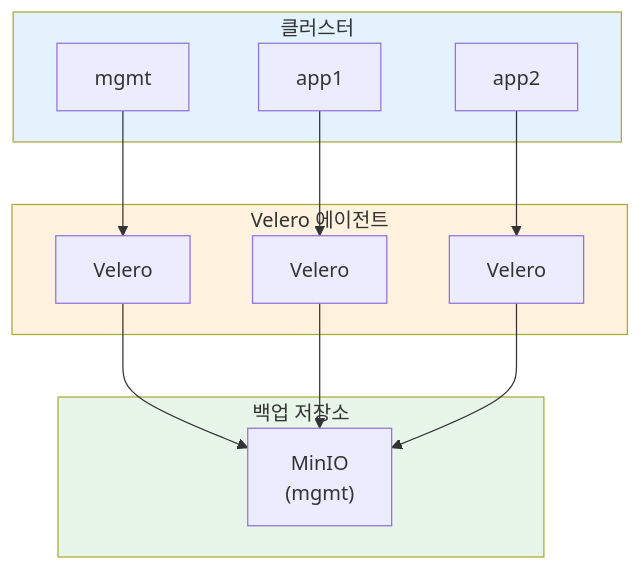
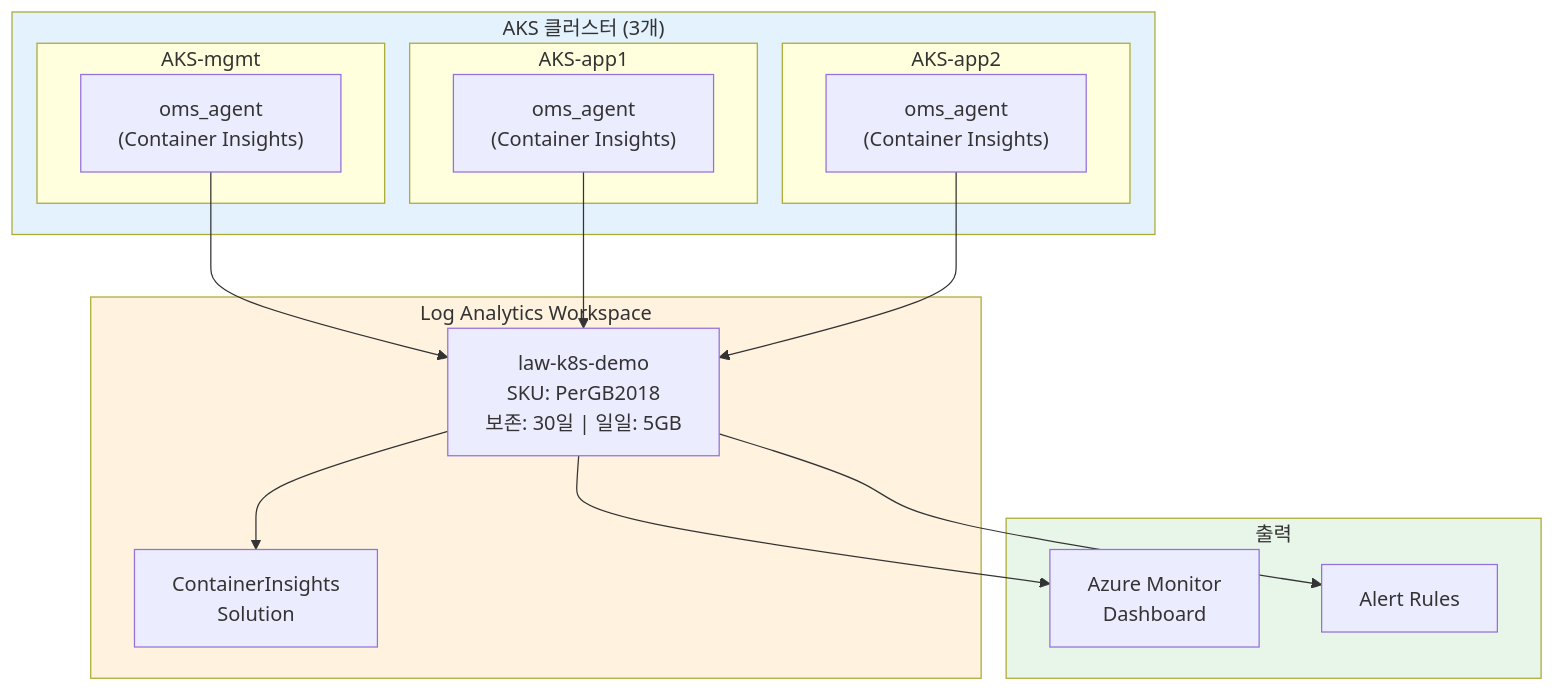
One commit to bocopile/mac-k8s-multipass-terraform changed the sixth of 6 diagrams in document/on-premise/ARCHITECTURE.md. Above: the diagram before and after it, drawn with Mermaid. The commit also changed other lines of this file and 1 other file, not shown here.

````diff
--- a/document/on-premise/ARCHITECTURE.md
+++ b/document/on-premise/ARCHITECTURE.md
@@ -598,30 +394,35 @@
 ```mermaid
 flowchart TB
-    subgraph Clusters["클러스터"]
-        mgmt["mgmt"]
-        app1["app1"]
-        app2["app2"]
+    subgraph Clusters["AKS 클러스터 (3개)"]
+        subgraph mgmt["AKS-mgmt"]
+            ama1["oms_agent<br/>(Container Insights)"]
+        end
+        subgraph app1["AKS-app1"]
+            ama2["oms_agent<br/>(Container Insights)"]
+        end
+        subgraph app2["AKS-app2"]
+            ama3["oms_agent<br/>(Container Insights)"]
+        end
     end
 
-    subgraph VeleroAgents["Velero 에이전트"]
-        v1["Velero"]
-        v2["Velero"]
-        v3["Velero"]
+    subgraph Analytics["Log Analytics Workspace"]
+        LAW["law-k8s-demo<br/>SKU: PerGB2018<br/>보존: 30일 | 일일: 5GB"]
+        CI["ContainerInsights<br/>Solution"]
     end
 
-    subgraph Storage["백업 저장소"]
-        minio["MinIO<br/>(mgmt)"]
+    subgraph Outputs["출력"]
+        Monitor["Azure Monitor<br/>Dashboard"]
+        Alert["Alert Rules"]
     end
 
-    mgmt --> v1
-    app1 --> v2
-    app2 --> v3
-
-    v1 --> minio
-    v2 --> minio
-    v3 --> minio
+    ama1 --> LAW
+    ama2 --> LAW
+    ama3 --> LAW
+    LAW --> CI
+    LAW --> Monitor
+    LAW --> Alert
 
     style Clusters fill:#e3f2fd
-    style VeleroAgents fill:#fff3e0
-    style Storage fill:#e8f5e9
+    style Analytics fill:#fff3e0
+    style Outputs fill:#e8f5e9
 ```
````
